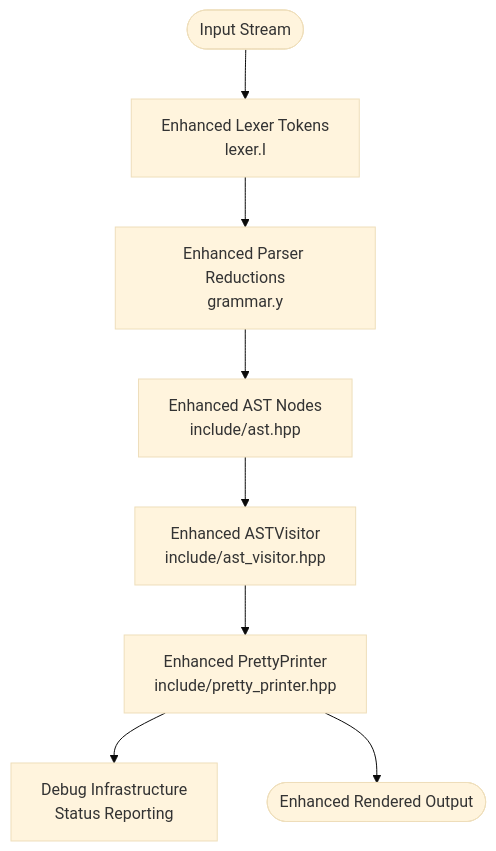
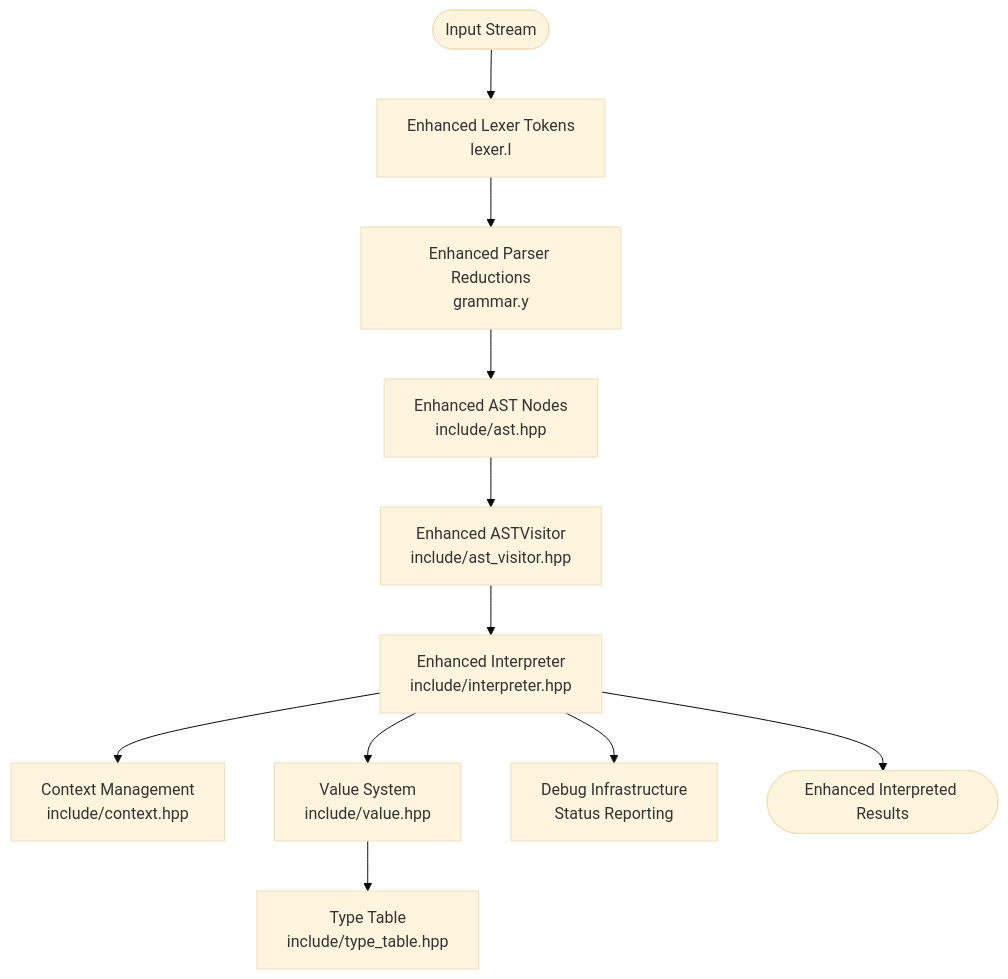
One commit to littlebirds/modern_bision changed the fourth of 5 diagrams in .qoder/repowiki/en/content/Testing Framework.md. Above: the diagram before and after it, drawn with Mermaid (base theme). The commit also changed other lines of this file and 5 other files, not shown here.

````diff
--- a/.qoder/repowiki/en/content/Testing Framework.md
+++ b/.qoder/repowiki/en/content/Testing Framework.md
@@ -260,10 +336,13 @@
 ```mermaid
 flowchart TD
 Start(["Input Stream"]) --> Lex["Enhanced Lexer Tokens<br/>lexer.l"]
 Lex --> Parse["Enhanced Parser Reductions<br/>grammar.y"]
 Parse --> AST["Enhanced AST Nodes<br/>include/ast.hpp"]
 AST --> Visit["Enhanced ASTVisitor<br/>include/ast_visitor.hpp"]
-Visit --> Render["Enhanced PrettyPrinter<br/>include/pretty_printer.hpp"]
-Render --> Debug["Debug Infrastructure<br/>Status Reporting"]
-Render --> Result(["Enhanced Rendered Output"])
+Visit --> Interp["Enhanced Interpreter<br/>include/interpreter.hpp"]
+Interp --> Context["Context Management<br/>include/context.hpp"]
+Interp --> Values["Value System<br/>include/value.hpp"]
+Values --> Types["Type Table<br/>include/type_table.hpp"]
+Interp --> Debug["Debug Infrastructure<br/>Status Reporting"]
+Interp --> Result(["Enhanced Interpreted Results"])
 ```
````
